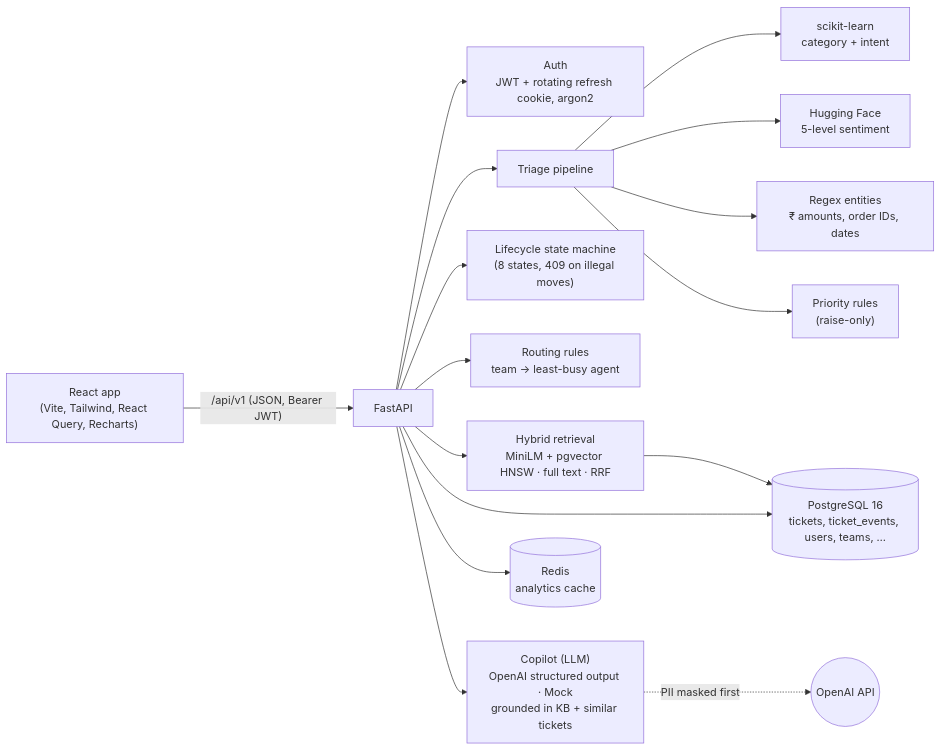
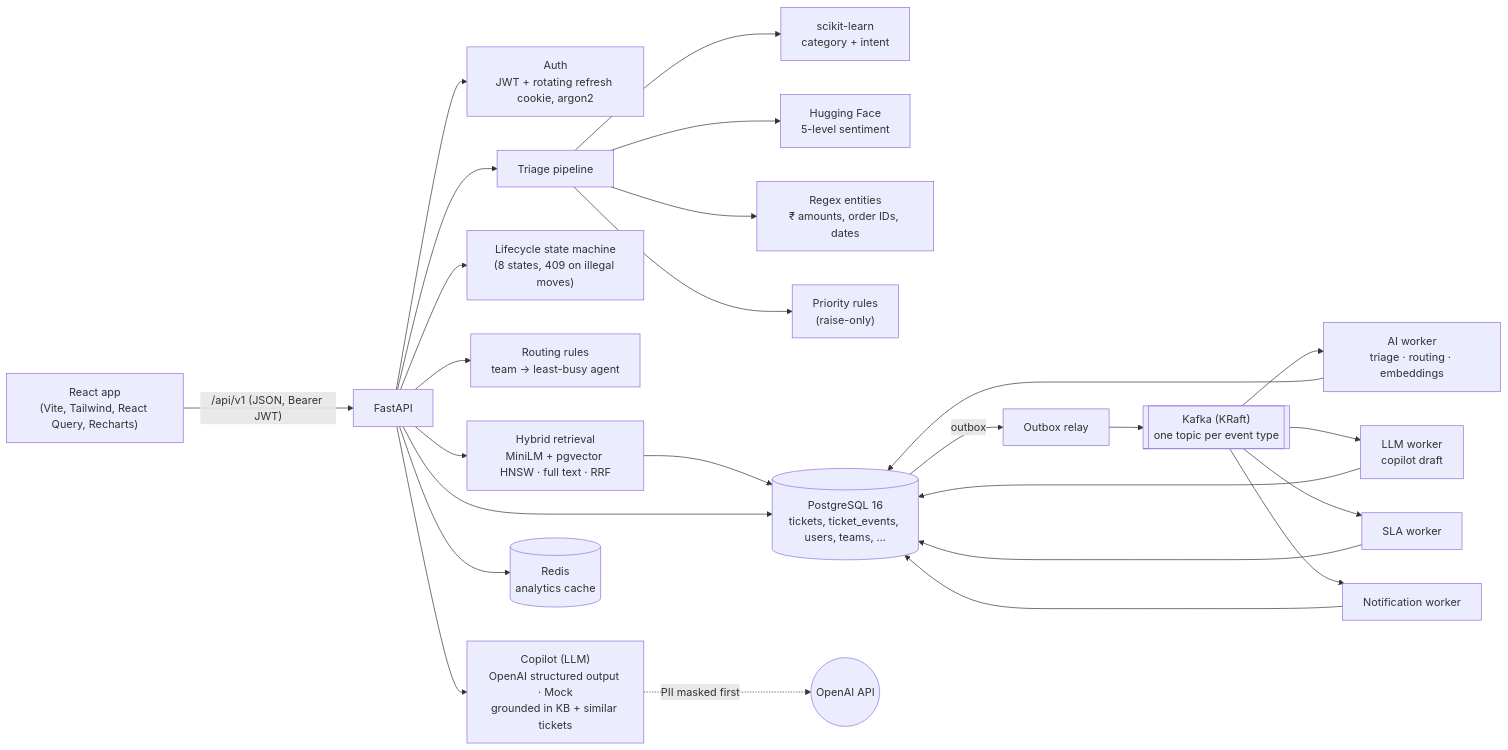
The first of 2 diagrams in docs/ARCHITECTURE.md (trishna0049/complaint-intelligence), drawn with Mermaid before and after one commit. The commit also changed other lines of this file and 58 other files, not shown here.

````diff
--- a/docs/ARCHITECTURE.md
+++ b/docs/ARCHITECTURE.md
@@ -7,18 +8,24 @@
 ```mermaid
 flowchart LR
     UI["React app<br/>(Vite, Tailwind, React Query, Recharts)"] -- "/api/v1 (JSON, Bearer JWT)" --> API["FastAPI"]
     API --> AUTH["Auth<br/>JWT + rotating refresh cookie, argon2"]
     API --> T["Triage pipeline"]
     T --> C["scikit-learn<br/>category + intent"]
     T --> S["Hugging Face<br/>5-level sentiment"]
     T --> E["Regex entities<br/>₹ amounts, order IDs, dates"]
     T --> P["Priority rules<br/>(raise-only)"]
     API --> LC["Lifecycle state machine<br/>(8 states, 409 on illegal moves)"]
     API --> RT["Routing rules<br/>team → least-busy agent"]
     API --> RET["Hybrid retrieval<br/>MiniLM + pgvector HNSW · full text · RRF"]
     RET --> DB
     API --> L["Copilot (LLM)<br/>OpenAI structured output · Mock<br/>grounded in KB + similar tickets"]
     L -. "PII masked first" .-> OAI(("OpenAI API"))
     API --> DB[("PostgreSQL 16<br/>tickets, ticket_events, users, teams, …")]
     API --> R[("Redis<br/>analytics cache")]
+    DB -- "outbox" --> RELAY["Outbox relay"] --> K[["Kafka (KRaft)<br/>one topic per event type"]]
+    K --> W1["AI worker<br/>triage · routing · embeddings"]
+    K --> W2["LLM worker<br/>copilot draft"]
+    K --> W3["SLA worker"]
+    K --> W4["Notification worker"]
+    W1 & W2 & W3 & W4 --> DB
 ```
````
